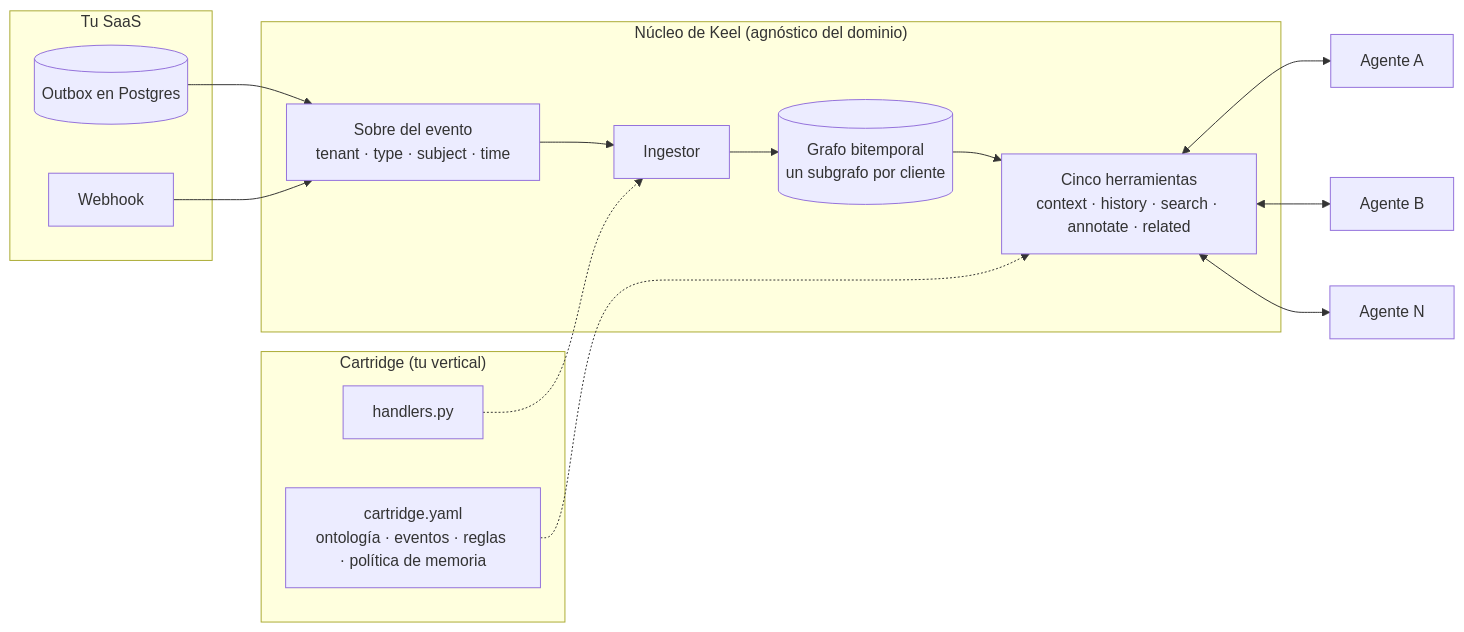
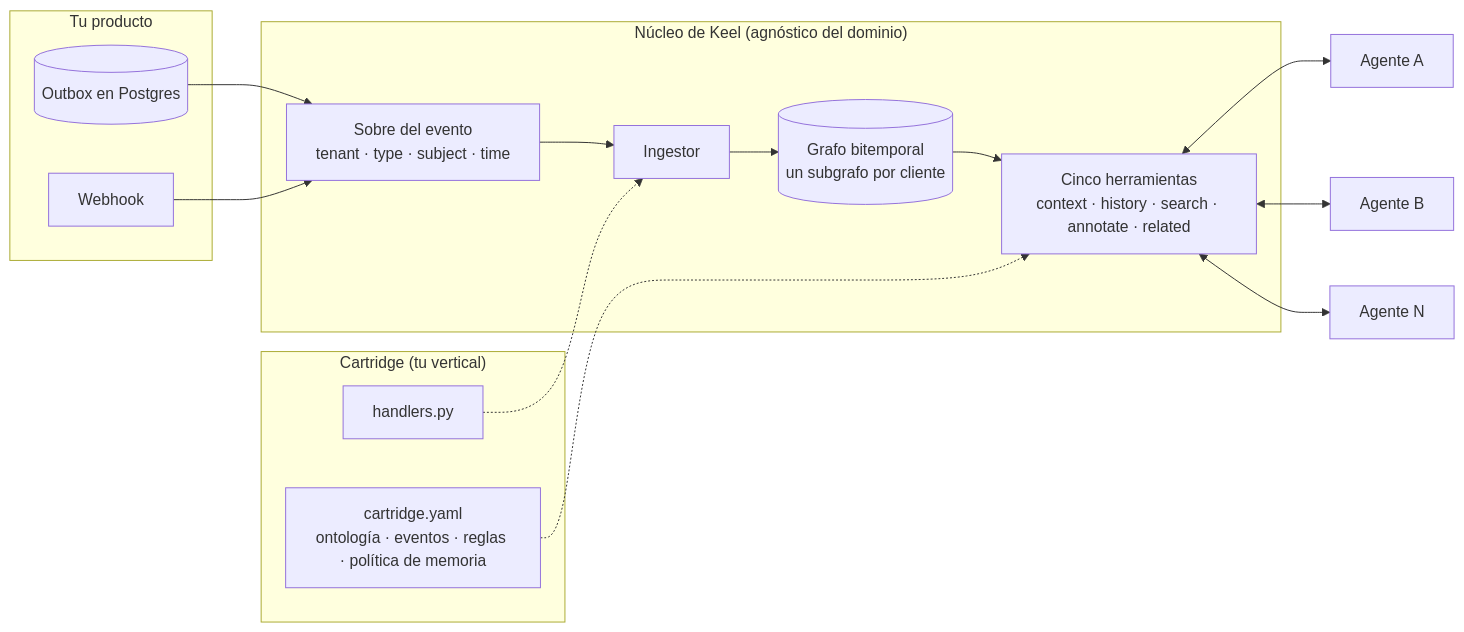
Before and after one commit to angelkurten/angelkurten: the diagram in content/posts/keel-four-agents-four-copies-of-context.es.mdx, drawn with Mermaid. The commit also changed other lines of this file and 1 other file, not shown here.

````diff
--- a/content/posts/keel-four-agents-four-copies-of-context.es.mdx
+++ b/content/posts/keel-four-agents-four-copies-of-context.es.mdx
@@ -58,22 +58,22 @@
 ```mermaid
 flowchart LR
-    subgraph saas ["Tu SaaS"]
+    subgraph saas ["Tu producto"]
         pg[("Outbox en Postgres")]
         wh["Webhook"]
     end
     subgraph core ["Núcleo de Keel (agnóstico del dominio)"]
         env["Sobre del evento<br/>tenant · type · subject · time"]
         ing["Ingestor"]
         store[("Grafo bitemporal<br/>un subgrafo por cliente")]
         tools["Cinco herramientas<br/>context · history · search · annotate · related"]
         env --> ing --> store --> tools
     end
     subgraph cart ["Cartridge (tu vertical)"]
         yaml["cartridge.yaml<br/>ontología · eventos · reglas · política de memoria"]
         hand["handlers.py"]
     end
     pg & wh --> env
     hand -.-> ing
     yaml -.-> tools
     tools <--> a1["Agente A"] & a2["Agente B"] & a3["Agente N"]
 ```
````
